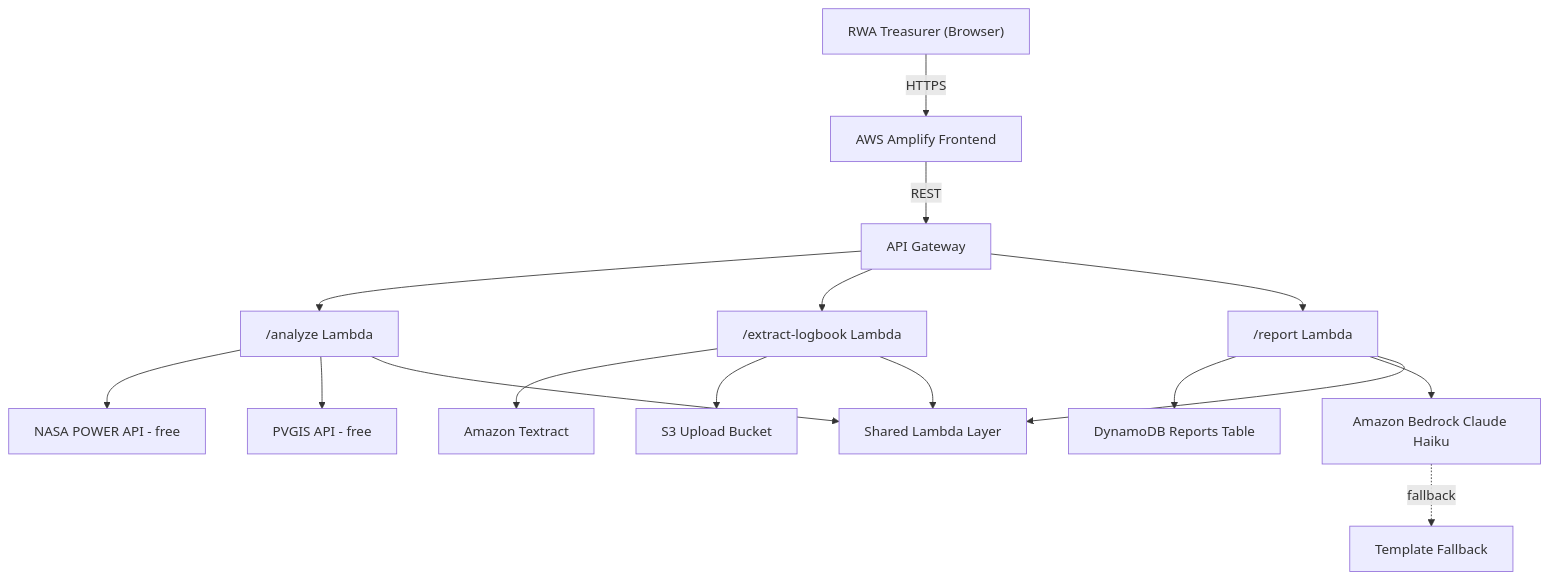
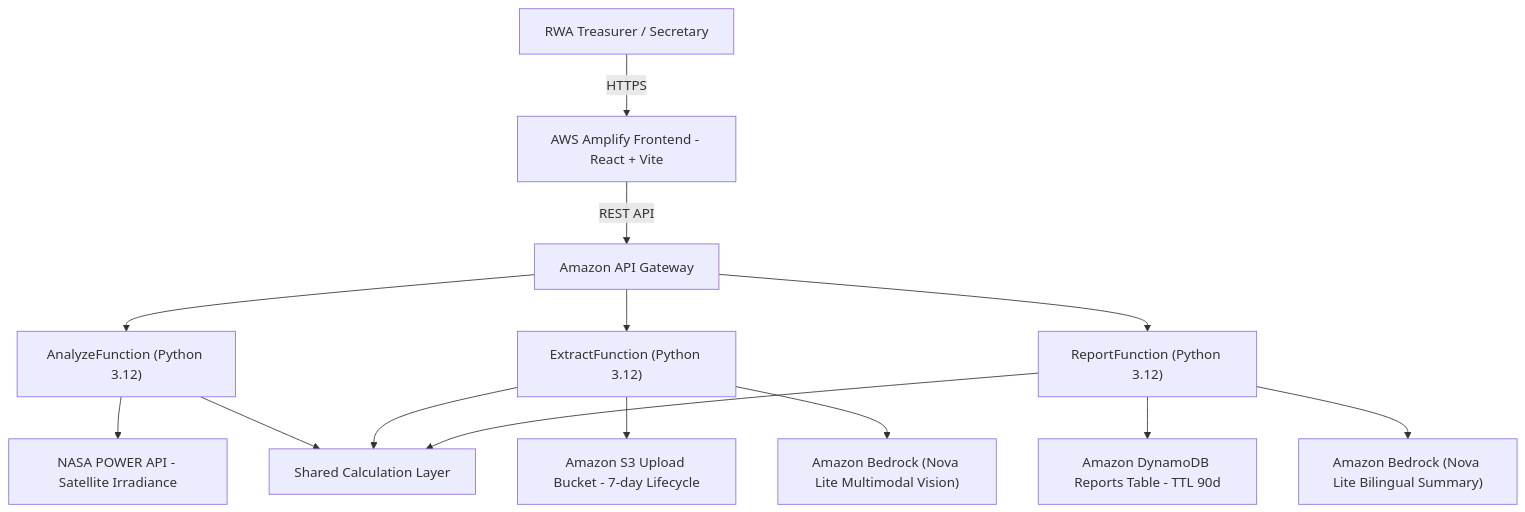
Before and after one commit to my-codespace/dg-solar-advisor: the diagram in README.md, drawn with Mermaid. The commit also changed other lines of this file and 1 other file, not shown here.

Commit message:
docs: finalize README with live URLs & Bedrock architecture, add comprehensive hackathon demo video guide

````diff
--- a/README.md
+++ b/README.md
@@ -32,18 +35,16 @@
 ```mermaid
 graph TD
-    U["RWA Treasurer (Browser)"] -->|HTTPS| AF[AWS Amplify Frontend]
-    AF -->|REST| AG[API Gateway]
-    AG --> AL["/analyze Lambda"]
-    AG --> EL["/extract-logbook Lambda"]
-    AG --> RL["/report Lambda"]
-    AL --> NASA[NASA POWER API - free]
-    AL --> PV[PVGIS API - free]
-    EL --> TX[Amazon Textract]
-    EL --> S3[S3 Upload Bucket]
-    RL --> DB[DynamoDB Reports Table]
-    RL --> BR[Amazon Bedrock Claude Haiku]
-    AL --> SL[Shared Lambda Layer]
+    U["RWA Treasurer / Secretary"] -->|HTTPS| AF[AWS Amplify Frontend - React + Vite]
+    AF -->|REST API| AG[Amazon API Gateway]
+    AG --> AL["AnalyzeFunction (Python 3.12)"]
+    AG --> EL["ExtractFunction (Python 3.12)"]
+    AG --> RL["ReportFunction (Python 3.12)"]
+    AL --> NASA[NASA POWER API - Satellite Irradiance]
+    EL --> S3[Amazon S3 Upload Bucket - 7-day Lifecycle]
+    EL --> BR1["Amazon Bedrock (Nova Lite Multimodal Vision)"]
+    RL --> DB[Amazon DynamoDB Reports Table - TTL 90d]
+    RL --> BR2["Amazon Bedrock (Nova Lite Bilingual Summary)"]
+    AL --> SL[Shared Calculation Layer]
     EL --> SL
     RL --> SL
-    BR -.->|fallback| TF[Template Fallback]
 ```
````
